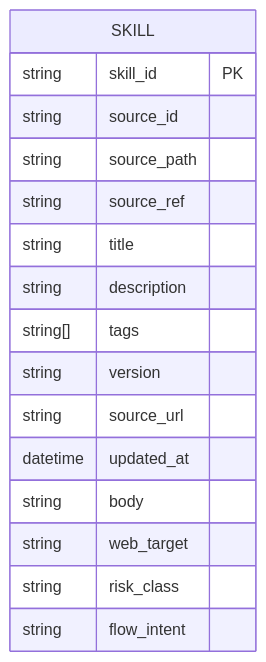
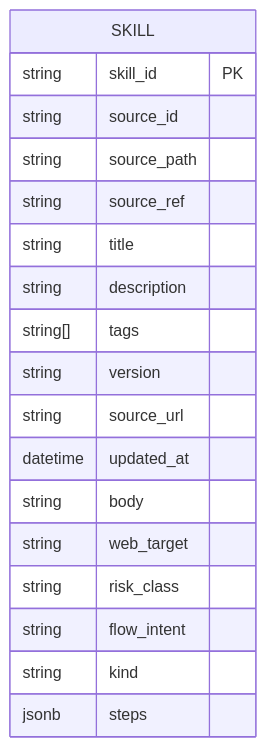
Before and after one commit to metasync/luban-aiops: diagram 14 of 15 in .qoder/repowiki/en/content/Deployment and Operations/Skills Hub Service.md, drawn with Mermaid. The commit also changed other lines of this file and 48 other files, not shown here.

````diff
--- a/.qoder/repowiki/en/content/Deployment and Operations/Skills Hub Service.md
+++ b/.qoder/repowiki/en/content/Deployment and Operations/Skills Hub Service.md
@@ -590,19 +645,21 @@
 ```mermaid
 erDiagram
 SKILL {
 string skill_id PK
 string source_id
 string source_path
 string source_ref
 string title
 string description
 string[] tags
 string version
 string source_url
 datetime updated_at
 string body
 string web_target
 string risk_class
 string flow_intent
+string kind
+jsonb steps
 }
 ```
````
